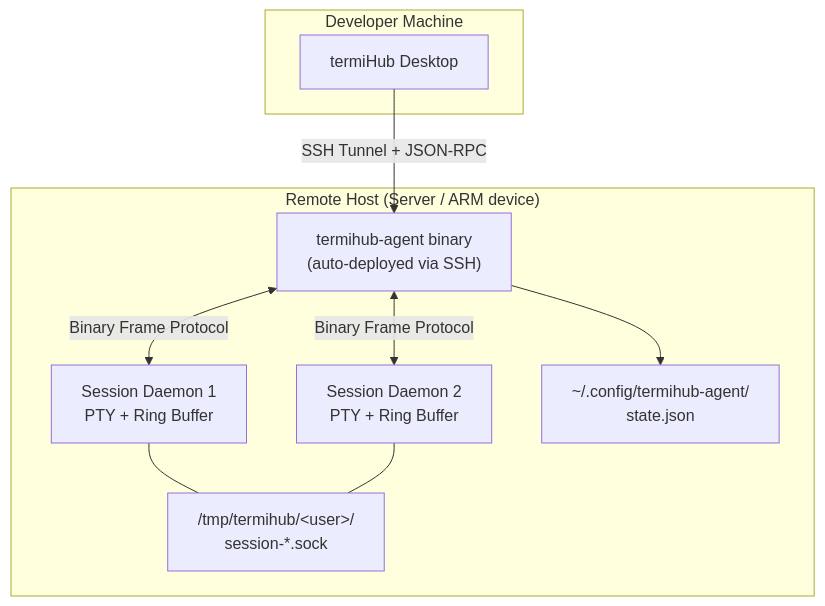
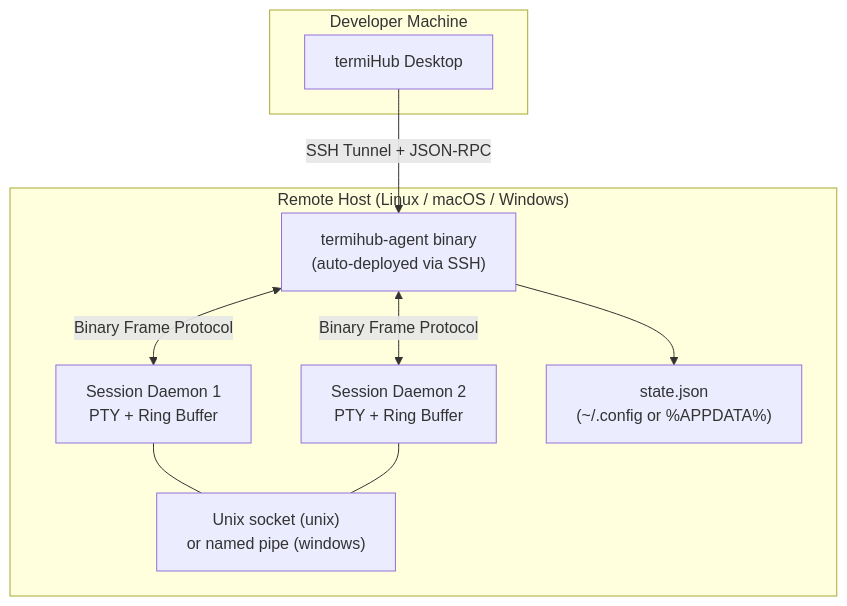
Before and after one commit to armaxri/termiHub: diagram 19 of 23 in docs/architecture.md, drawn with Mermaid. The commit also changed other lines of this file and 1 other file, not shown here.

First line of the commit message:
docs(agent): document Windows remote-agent support in architecture & protocol

````diff
--- a/docs/architecture.md
+++ b/docs/architecture.md
@@ -852,21 +852,21 @@
 ```mermaid
 graph TB
     subgraph "Developer Machine"
         APP[termiHub Desktop]
     end
 
-    subgraph "Remote Host (Server / ARM device)"
+    subgraph "Remote Host (Linux / macOS / Windows)"
         AGENT["termihub-agent binary<br/>(auto-deployed via SSH)"]
         SD1[Session Daemon 1<br/>PTY + Ring Buffer]
         SD2[Session Daemon 2<br/>PTY + Ring Buffer]
-        STATE["~/.config/termihub-agent/<br/>state.json"]
-        SOCKETS["/tmp/termihub/&lt;user&gt;/<br/>session-*.sock"]
+        STATE["state.json<br/>(~/.config or %APPDATA%)"]
+        IPC["Unix socket (unix)<br/>or named pipe (windows)"]
     end
 
     APP -->|SSH Tunnel + JSON-RPC| AGENT
     AGENT <-->|Binary Frame Protocol| SD1
     AGENT <-->|Binary Frame Protocol| SD2
     AGENT --> STATE
-    SD1 --- SOCKETS
-    SD2 --- SOCKETS
+    SD1 --- IPC
+    SD2 --- IPC
 ```
````
